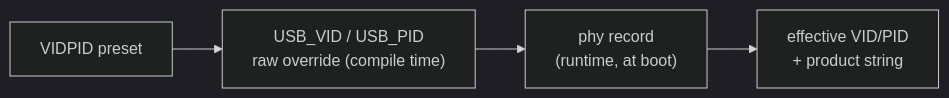
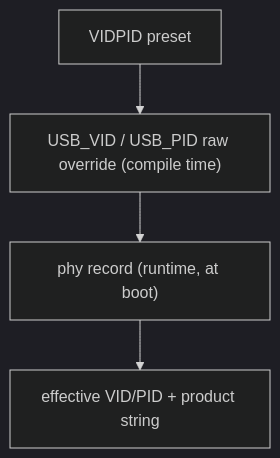
Before and after one commit to librekeys/RS-Key: the second of 2 diagrams in docs/build.md, drawn with Mermaid (dark theme). The commit also changed other lines of this file and 7 other files, not shown here.

First line of the commit message:
docs: make the Mermaid diagrams readable on the site

````diff
--- a/docs/build.md
+++ b/docs/build.md
@@ -149,6 +149,6 @@
 ```mermaid
-flowchart LR
-    a["VIDPID preset"] --> b["USB_VID / USB_PID<br/>raw override (compile time)"]
-    b --> c["phy record<br/>(runtime, at boot)"]
-    c --> d["effective VID/PID<br/>+ product string"]
+flowchart TD
+    a["VIDPID preset"] --> b["USB_VID / USB_PID raw override (compile time)"]
+    b --> c["phy record (runtime, at boot)"]
+    c --> d["effective VID/PID + product string"]
 ```
````
